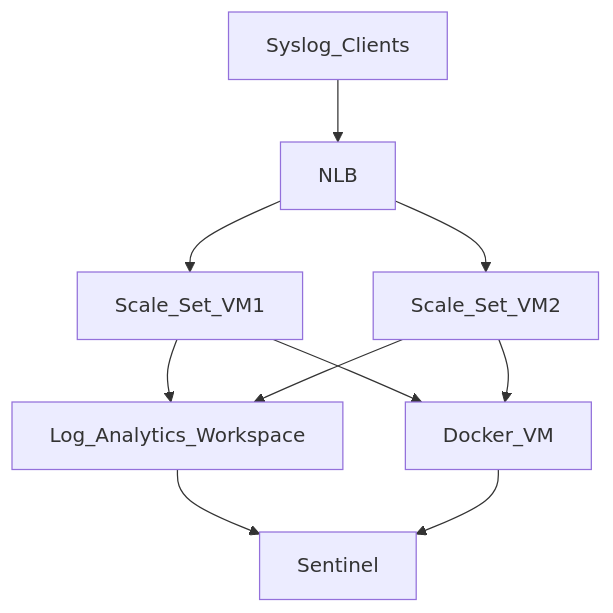
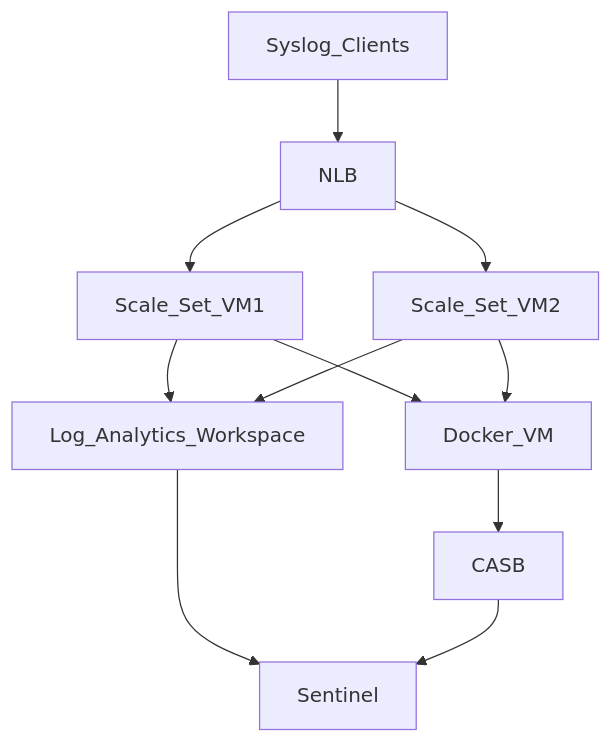
The diagram in RSyslog_Sentinel/README.md (sip03ds/AzAdmin), drawn with Mermaid before and after one commit.

````diff
--- a/RSyslog_Sentinel/README.md
+++ b/RSyslog_Sentinel/README.md
@@ -38,12 +38,14 @@
 ```mermaid
     graph TD;
         Syslog_Clients-->NLB;
         NLB-->Scale_Set_VM1;
         NLB-->Scale_Set_VM2;
         Scale_Set_VM1-->Docker_VM;
         Scale_Set_VM1-->Log_Analytics_Workspace;
         Scale_Set_VM2-->Docker_VM;
+        Docker_VM-->CASB;
         Scale_Set_VM2-->Log_Analytics_Workspace;
         Log_Analytics_Workspace-->Sentinel;
-        Docker_VM-->Sentinel;
+        CASB-->Sentinel;
+        
 ```
````
